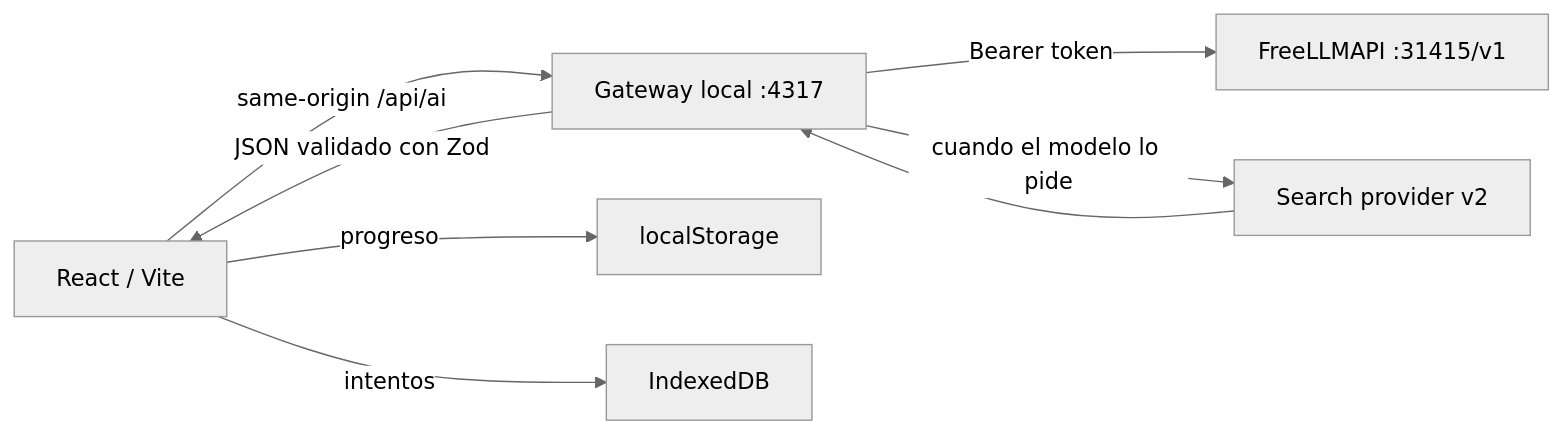
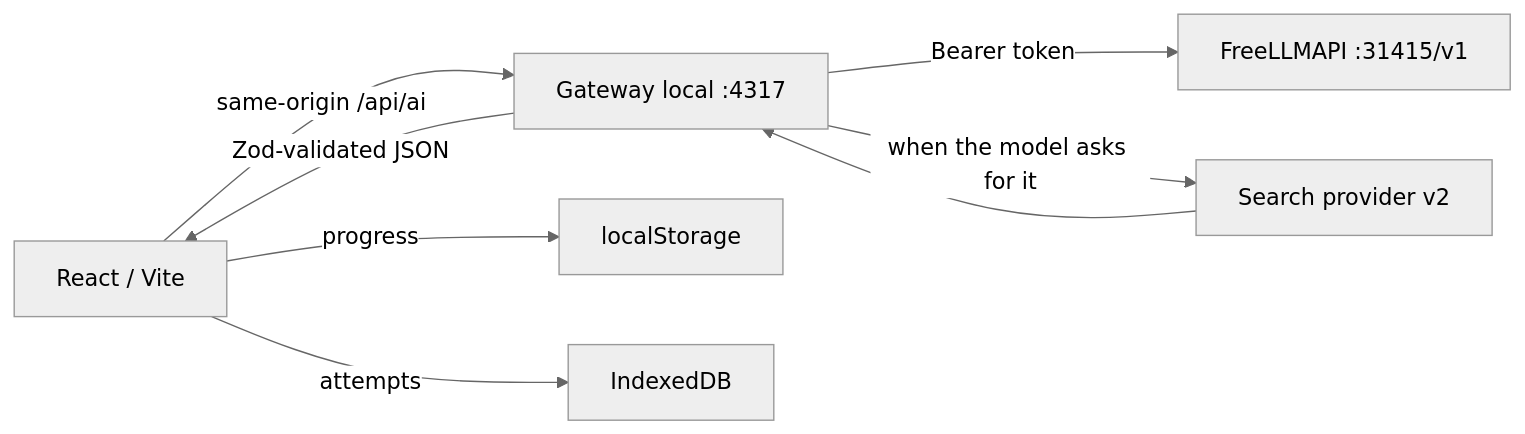
Before and after one commit to Felichz/KnowGraph: the diagram in docs/LLM_LEARNING_EXPERIENCE_PLAN.md, drawn with Mermaid (neutral theme). The commit also changed other lines of this file and 42 other files, not shown here.

````diff
--- a/docs/LLM_LEARNING_EXPERIENCE_PLAN.md
+++ b/docs/LLM_LEARNING_EXPERIENCE_PLAN.md
@@ -39,10 +39,10 @@
 ```mermaid
 flowchart LR
   Browser[React / Vite] -->|same-origin /api/ai| Gateway[Gateway local :4317]
   Gateway -->|Bearer token| FreeLLM[FreeLLMAPI :31415/v1]
-  Gateway -->|cuando el modelo lo pide| Search[Search provider v2]
+  Gateway -->|when the model asks for it| Search[Search provider v2]
   Search --> Gateway
-  Gateway -->|JSON validado con Zod| Browser
-  Browser -->|progreso| localStorage
-  Browser -->|intentos| IndexedDB
+  Gateway -->|Zod-validated JSON| Browser
+  Browser -->|progress| localStorage
+  Browser -->|attempts| IndexedDB
 ```
````
